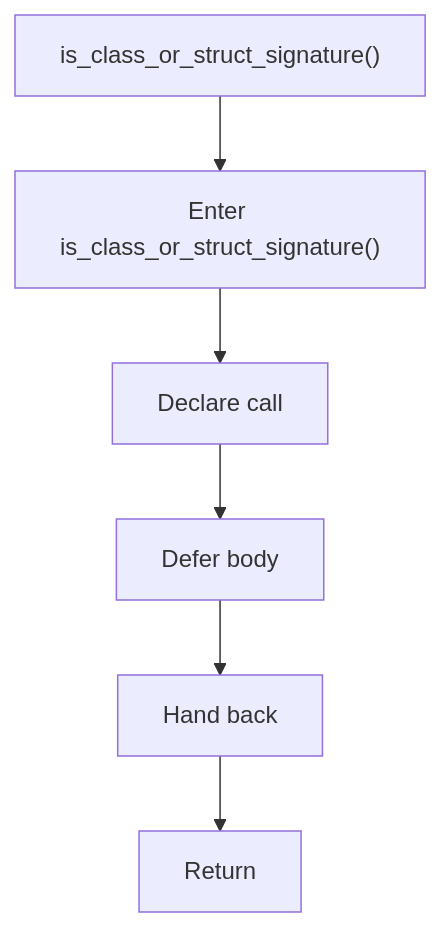
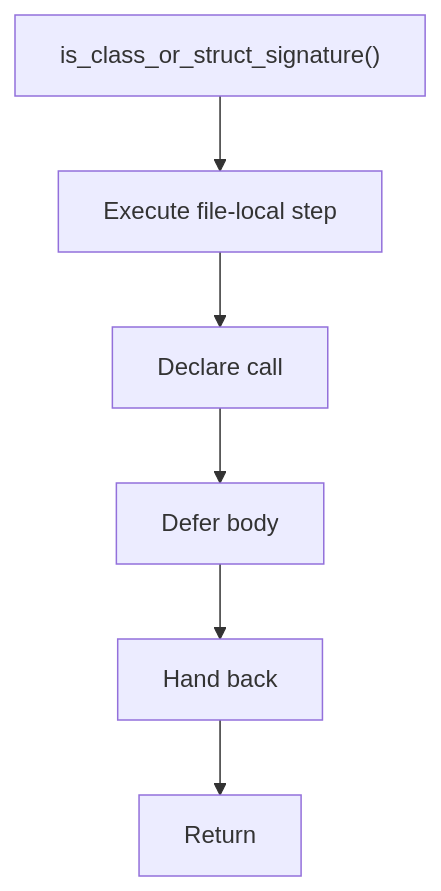
The diagram in docs/Codebase/Microservice/Modules/Header/SyntacticBrokenAST/Trees/Actual/Internal/Flow/functions/is_class_or_struct_signature.hpp.md (JohnAndrewBalbarosa/NeoTerritory), drawn with Mermaid before and after one commit. The commit also changed other lines of this file and 925 other files, not shown here.

````diff
--- a/docs/Codebase/Microservice/Modules/Header/SyntacticBrokenAST/Trees/Actual/Internal/Flow/functions/is_class_or_struct_signature.hpp.md
+++ b/docs/Codebase/Microservice/Modules/Header/SyntacticBrokenAST/Trees/Actual/Internal/Flow/functions/is_class_or_struct_signature.hpp.md
@@ -16,14 +16,14 @@
 ```mermaid
 flowchart TD
     Start["is_class_or_struct_signature()"]
-    N0["Enter is_class_or_struct_signature()"]
+    N0["Execute file-local step"]
     N1["Declare call"]
     N2["Defer body"]
     N3["Hand back"]
     End["Return"]
     Start --> N0
     N0 --> N1
     N1 --> N2
     N2 --> N3
     N3 --> End
 ```
````
